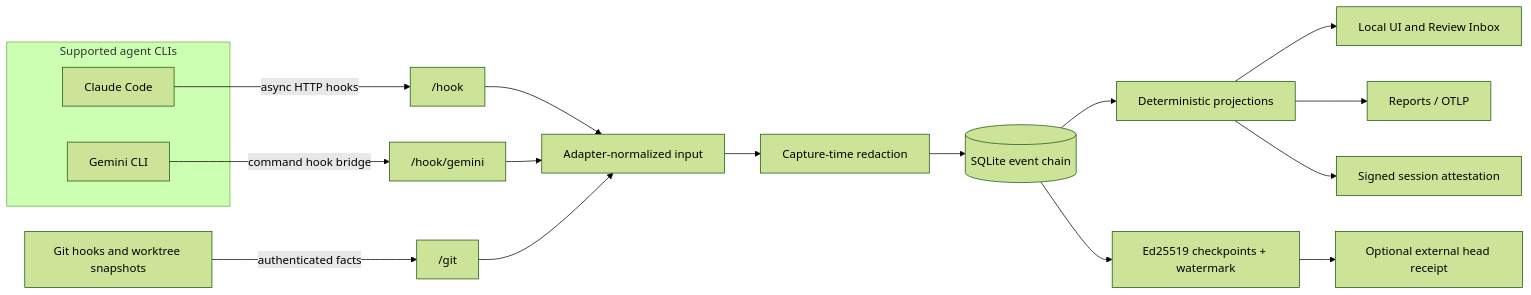
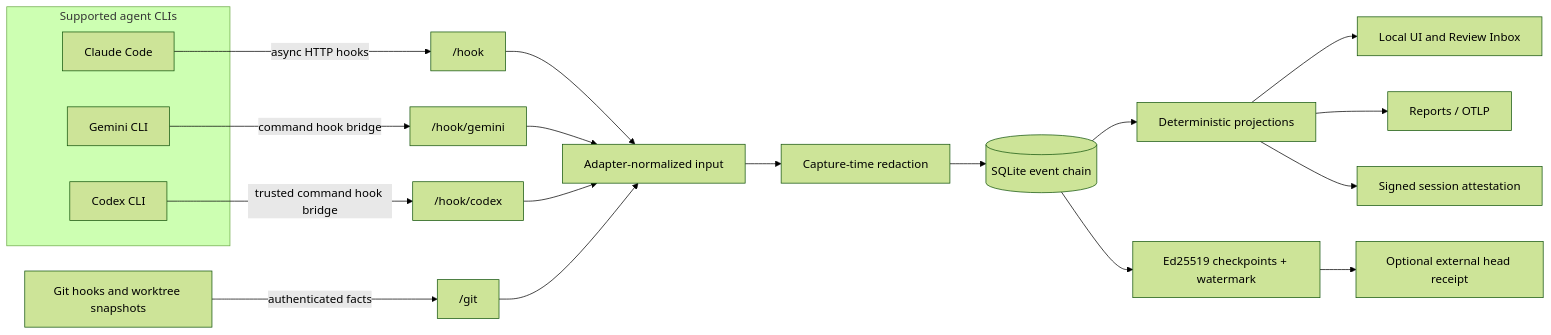
Before and after one commit to adamhjouj/blackbox: the diagram in docs/ARCHITECTURE.md, drawn with Mermaid (forest theme). The commit also changed other lines of this file and 9 other files, not shown here.

Commit message:
docs: publish Codex CLI support contract

````diff
--- a/docs/ARCHITECTURE.md
+++ b/docs/ARCHITECTURE.md
@@ -22,25 +22,28 @@
 ```mermaid
 flowchart LR
     subgraph Agents["Supported agent CLIs"]
         C["Claude Code"]
         G["Gemini CLI"]
+        X["Codex CLI"]
     end
 
     C -->|"async HTTP hooks"| HC["/hook"]
     G -->|"command hook bridge"| HG["/hook/gemini"]
+    X -->|"trusted command hook bridge"| HX["/hook/codex"]
     GR["Git hooks and worktree snapshots"] -->|"authenticated facts"| GI["/git"]
 
     HC --> N["Adapter-normalized input"]
     HG --> N
+    HX --> N
     GI --> N
     N --> R["Capture-time redaction"]
     R --> S[("SQLite event chain")]
 
     S --> P["Deterministic projections"]
     P --> UI["Local UI and Review Inbox"]
     P --> RP["Reports / OTLP"]
     P --> AT["Signed session attestation"]
 
     S --> CP["Ed25519 checkpoints + watermark"]
     CP --> AR["Optional external head receipt"]
 ```
````
